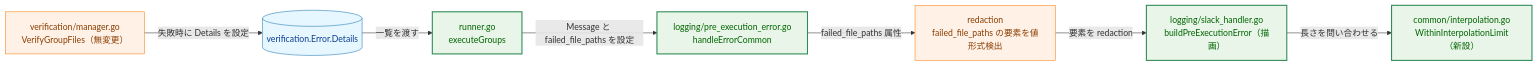
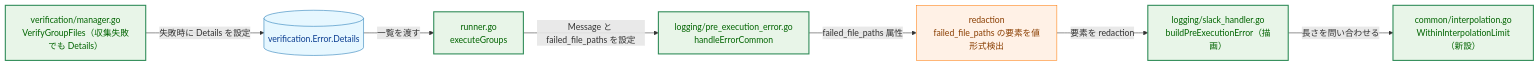
The fifth of 10 diagrams in docs/tasks/0175_group_verification_error_failed_files/02_architecture.md (isseis/go-safe-cmd-runner), drawn with Mermaid before and after one commit. The commit also changed other lines of this file and 1 other file, not shown here.

````diff
--- a/docs/tasks/0175_group_verification_error_failed_files/02_architecture.md
+++ b/docs/tasks/0175_group_verification_error_failed_files/02_architecture.md
@@ -185,25 +191,25 @@
 ```mermaid
 flowchart LR
     classDef data fill:#e6f7ff,stroke:#1f77b4,stroke-width:1px,color:#0b3d91;
     classDef process fill:#fff1e6,stroke:#ff7f0e,stroke-width:1px,color:#8a3e00;
     classDef enhanced fill:#e8f5e8,stroke:#2e8b57,stroke-width:2px,color:#006400;
 
-    VER["verification/manager.go<br>VerifyGroupFiles（無変更）"]
+    VER["verification/manager.go<br>VerifyGroupFiles（収集失敗でも Details）"]
     DET[("verification.Error.Details")]
     RUN["runner.go<br>executeGroups"]
     LOG["logging/pre_execution_error.go<br>handleErrorCommon"]
     RED["redaction<br>failed_file_paths の要素を値形式検出"]
     SL["logging/slack_handler.go<br>buildPreExecutionError（描画）"]
     PRED["common/interpolation.go<br>WithinInterpolationLimit（新設）"]
 
     VER -->|"失敗時に Details を設定"| DET
     DET -->|"一覧を渡す"| RUN
     RUN -->|"Message と failed_file_paths を設定"| LOG
     LOG -->|"failed_file_paths 属性"| RED
     RED -->|"要素を redaction"| SL
     SL -->|"長さを問い合わせる"| PRED
 
     class DET data
-    class VER,RED process
-    class RUN,LOG,SL,PRED enhanced
+    class RED process
+    class VER,RUN,LOG,SL,PRED enhanced
 ```
````
